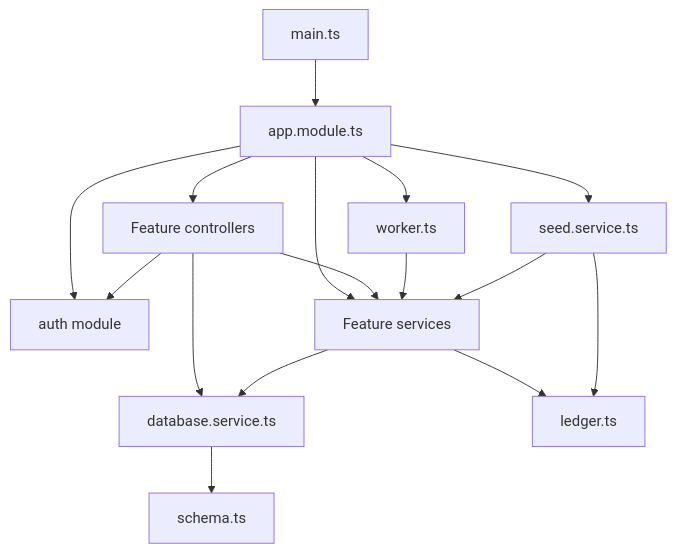
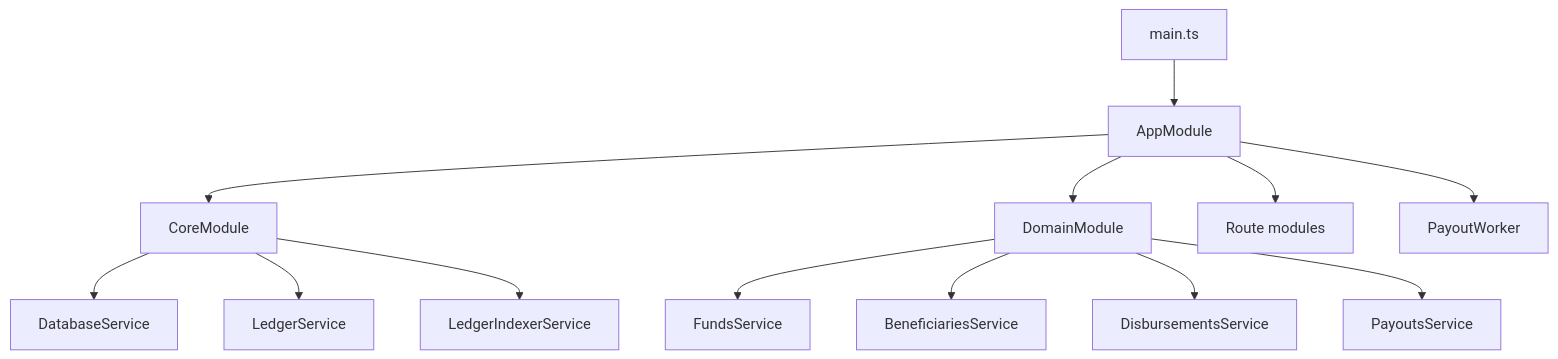
The second of 3 diagrams in ARCHITECTURE.md (kensh1ken/ReliefChain), drawn with Mermaid before and after one commit. The commit also changed other lines of this file and 31 other files, not shown here.

````diff
--- a/ARCHITECTURE.md
+++ b/ARCHITECTURE.md
@@ -57,19 +82,15 @@
 ```mermaid
 flowchart TB
-    Main[main.ts] --> Module[app.module.ts]
-        Module --> Controllers[Feature controllers]
-        Module --> Auth[auth module]
-        Module --> Relief[Feature services]
-    Module --> Worker[worker.ts]
-    Module --> Seed[seed.service.ts]
-
-    Controllers --> Auth
-    Controllers --> Relief
-    Controllers --> Database[database.service.ts]
-    Relief --> Database
-    Relief --> Ledger[ledger.ts]
-    Worker --> Relief
-    Seed --> Relief
-    Seed --> Ledger
-    Database --> Schema[schema.ts]
+    Main[main.ts] --> App[AppModule]
+    App --> Core[CoreModule]
+    App --> Domain[DomainModule]
+    App --> Routes[Route modules]
+    App --> Worker[PayoutWorker]
+    Core --> DB[DatabaseService]
+    Core --> Ledger[LedgerService]
+    Core --> Indexer[LedgerIndexerService]
+    Domain --> Funds[FundsService]
+    Domain --> Beneficiaries[BeneficiariesService]
+    Domain --> Disbursements[DisbursementsService]
+    Domain --> Payouts[PayoutsService]
 ```
````
